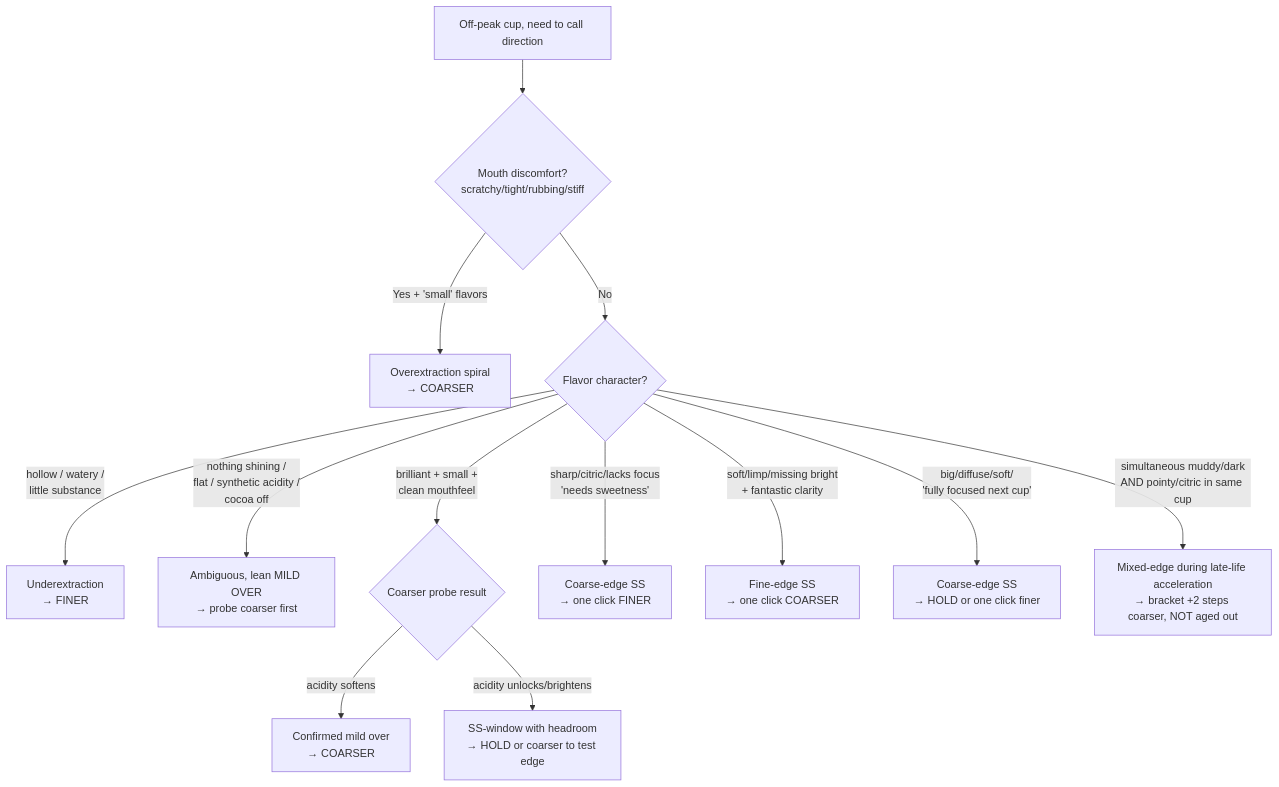
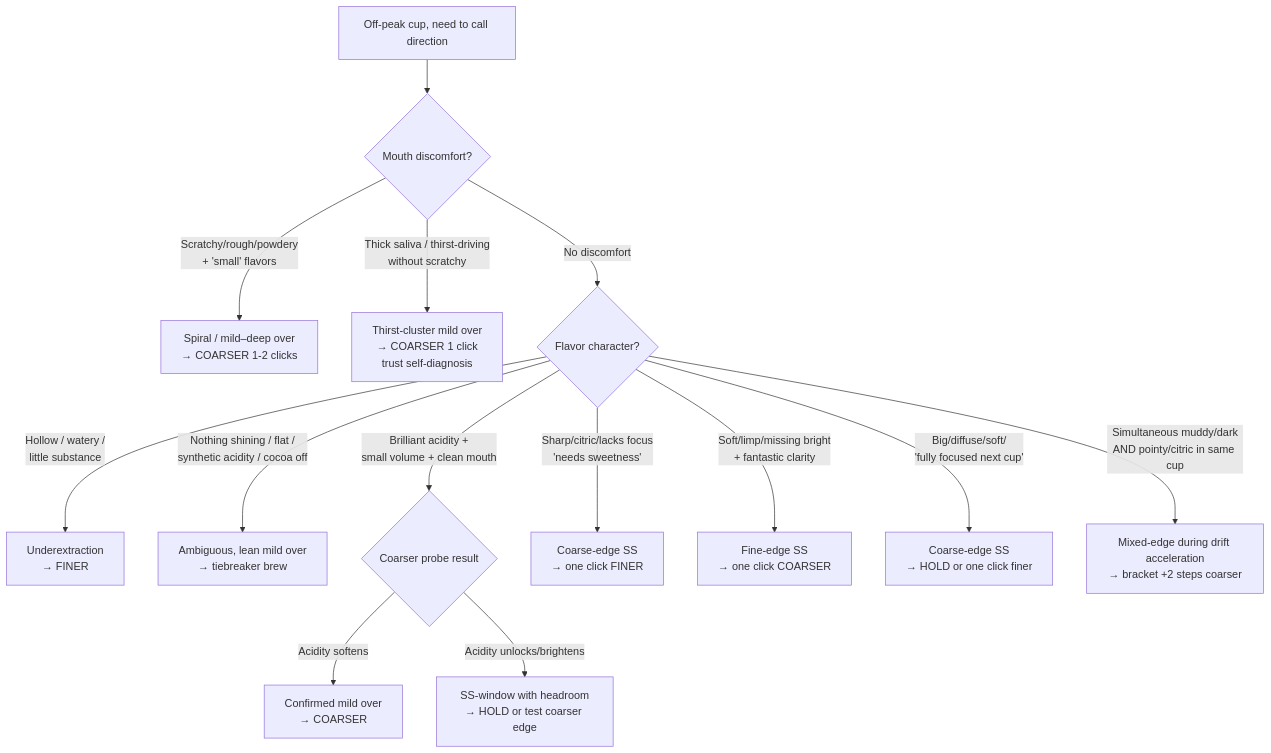
Before and after one commit to manuscriptmastr/coffee-journal: the seventh of 8 diagrams in joshua-martin/profile.md, drawn with Mermaid. The commit also changed other lines of this file and 2 other files, not shown here.

````diff
--- a/joshua-martin/profile.md
+++ b/joshua-martin/profile.md
@@ -531,15 +520,16 @@
 ```mermaid
 flowchart TD
-    A[Off-peak cup, need to call direction] --> B{Mouth discomfort?<br/>scratchy/tight/rubbing/stiff}
-    B -->|Yes + 'small' flavors| C[Overextraction spiral<br/>→ COARSER]
-    B -->|No| D{Flavor character?}
-    D -->|hollow / watery /<br/>little substance| E[Underextraction<br/>→ FINER]
-    D -->|nothing shining /<br/>flat / synthetic acidity /<br/>cocoa off| F[Ambiguous, lean MILD OVER<br/>→ probe coarser first]
-    D -->|brilliant + small +<br/>clean mouthfeel| G{Coarser probe result}
-    G -->|acidity softens| H[Confirmed mild over<br/>→ COARSER]
-    G -->|acidity unlocks/brightens| I[SS-window with headroom<br/>→ HOLD or coarser to test edge]
-    D -->|sharp/citric/lacks focus<br/>'needs sweetness'| J[Coarse-edge SS<br/>→ one click FINER]
-    D -->|soft/limp/missing bright<br/>+ fantastic clarity| K[Fine-edge SS<br/>→ one click COARSER]
-    D -->|big/diffuse/soft/<br/>'fully focused next cup'| L[Coarse-edge SS<br/>→ HOLD or one click finer]
-    D -->|simultaneous muddy/dark<br/>AND pointy/citric in same cup| M[Mixed-edge during late-life acceleration<br/>→ bracket +2 steps coarser, NOT aged out]
+    A[Off-peak cup, need to call direction] --> B{Mouth discomfort?}
+    B -->|Scratchy/rough/powdery<br/>+ 'small' flavors| C[Spiral / mild–deep over<br/>→ COARSER 1-2 clicks]
+    B -->|Thick saliva / thirst-driving<br/>without scratchy| T[Thirst-cluster mild over<br/>→ COARSER 1 click<br/>trust self-diagnosis]
+    B -->|No discomfort| D{Flavor character?}
+    D -->|Hollow / watery /<br/>little substance| E[Underextraction<br/>→ FINER]
+    D -->|Nothing shining / flat /<br/>synthetic acidity / cocoa off| F[Ambiguous, lean mild over<br/>→ tiebreaker brew]
+    D -->|Brilliant acidity +<br/>small volume + clean mouth| G{Coarser probe result}
+    G -->|Acidity softens| H[Confirmed mild over<br/>→ COARSER]
+    G -->|Acidity unlocks/brightens| I[SS-window with headroom<br/>→ HOLD or test coarser edge]
+    D -->|Sharp/citric/lacks focus<br/>'needs sweetness'| J[Coarse-edge SS<br/>→ one click FINER]
+    D -->|Soft/limp/missing bright<br/>+ fantastic clarity| K[Fine-edge SS<br/>→ one click COARSER]
+    D -->|Big/diffuse/soft/<br/>'fully focused next cup'| L[Coarse-edge SS<br/>→ HOLD or one click finer]
+    D -->|Simultaneous muddy/dark<br/>AND pointy/citric in same cup| M[Mixed-edge during drift acceleration<br/>→ bracket +2 steps coarser]
 ```
````
